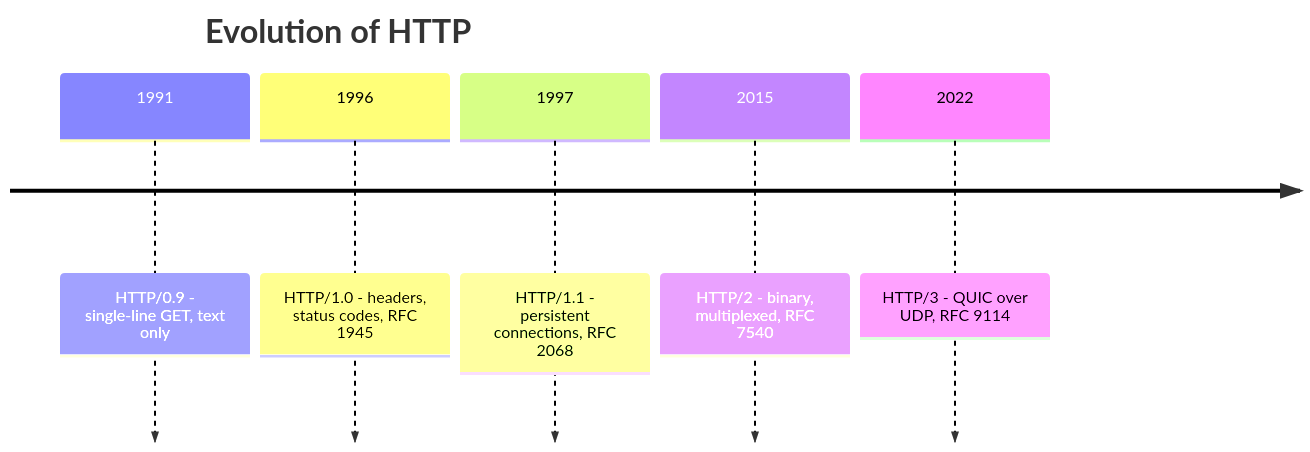
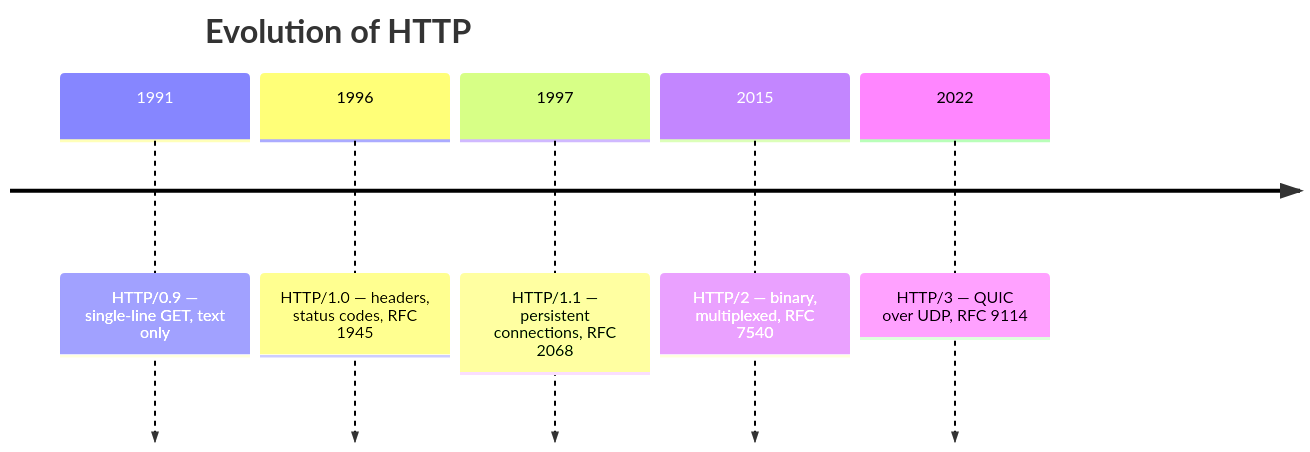
Before and after one commit to veenayaksirohi/DITISS: the first of 13 diagrams in interview/http-evolution-interview-notes.md, drawn with Mermaid. The commit also changed other lines of this file and 3 other files, not shown here.

````diff
--- a/interview/http-evolution-interview-notes.md
+++ b/interview/http-evolution-interview-notes.md
@@ -15,9 +15,9 @@
 ```mermaid
 timeline
     title Evolution of HTTP
-    1991 : HTTP/0.9 - single-line GET, text only
-    1996 : HTTP/1.0 - headers, status codes, RFC 1945
-    1997 : HTTP/1.1 - persistent connections, RFC 2068
-    2015 : HTTP/2 - binary, multiplexed, RFC 7540
-    2022 : HTTP/3 - QUIC over UDP, RFC 9114
+    1991 : HTTP/0.9 — single-line GET, text only
+    1996 : HTTP/1.0 — headers, status codes, RFC 1945
+    1997 : HTTP/1.1 — persistent connections, RFC 2068
+    2015 : HTTP/2 — binary, multiplexed, RFC 7540
+    2022 : HTTP/3 — QUIC over UDP, RFC 9114
 ```
````
